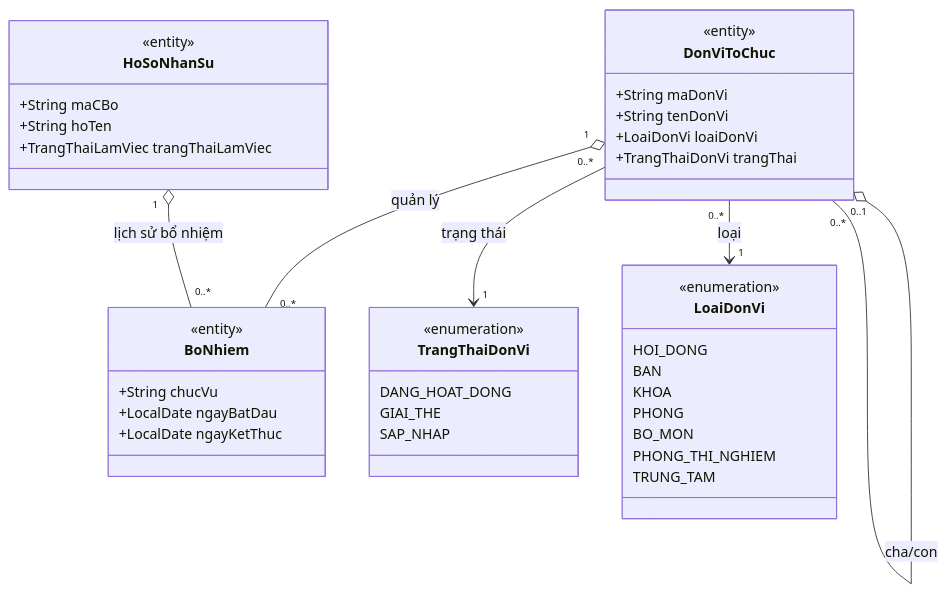
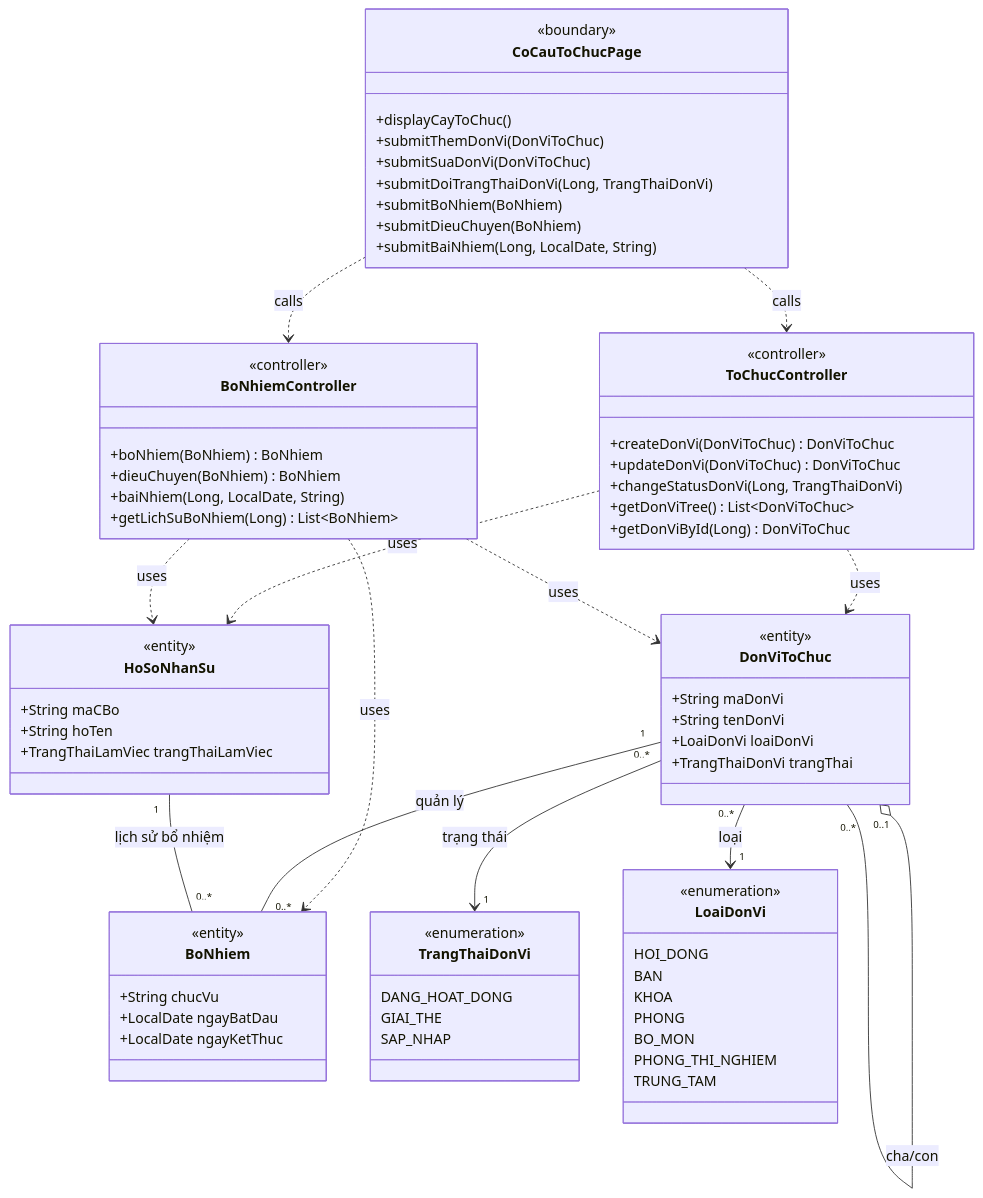
The third of 11 diagrams in system-spec/class-diagram.md (LoudlyDawn2108/ptycpm), drawn with Mermaid before and after one commit. The commit also changed other lines of this file and 6 other files, not shown here.

````diff
--- a/system-spec/class-diagram.md
+++ b/system-spec/class-diagram.md
@@ -1243,5 +2008,33 @@
 ```mermaid
 classDiagram
+    class CoCauToChucPage {
+        <<boundary>>
+        +displayCayToChuc()
+        +submitThemDonVi(DonViToChuc)
+        +submitSuaDonVi(DonViToChuc)
+        +submitDoiTrangThaiDonVi(Long, TrangThaiDonVi)
+        +submitBoNhiem(BoNhiem)
+        +submitDieuChuyen(BoNhiem)
+        +submitBaiNhiem(Long, LocalDate, String)
+    }
+
+    class ToChucController {
+        <<controller>>
+        +createDonVi(DonViToChuc) DonViToChuc
+        +updateDonVi(DonViToChuc) DonViToChuc
+        +changeStatusDonVi(Long, TrangThaiDonVi)
+        +getDonViTree() List~DonViToChuc~
+        +getDonViById(Long) DonViToChuc
+    }
+
+    class BoNhiemController {
+        <<controller>>
+        +boNhiem(BoNhiem) BoNhiem
+        +dieuChuyen(BoNhiem) BoNhiem
+        +baiNhiem(Long, LocalDate, String)
+        +getLichSuBoNhiem(Long) List~BoNhiem~
+    }
+
     class DonViToChuc {
         <<entity>>
         +String maDonVi
@@ -1282,9 +2075,17 @@
         TRUNG_TAM
     }
 
+    CoCauToChucPage ..> ToChucController : calls
+    CoCauToChucPage ..> BoNhiemController : calls
+    ToChucController ..> DonViToChuc : uses
+    ToChucController ..> HoSoNhanSu : uses
+    BoNhiemController ..> BoNhiem : uses
+    BoNhiemController ..> HoSoNhanSu : uses
+    BoNhiemController ..> DonViToChuc : uses
+
     DonViToChuc "0..1" o-- "0..*" DonViToChuc : cha/con
-    DonViToChuc "1" o-- "0..*" BoNhiem : quản lý
-    HoSoNhanSu "1" o-- "0..*" BoNhiem : lịch sử bổ nhiệm
+    DonViToChuc "1" -- "0..*" BoNhiem : quản lý
+    HoSoNhanSu "1" -- "0..*" BoNhiem : lịch sử bổ nhiệm
     DonViToChuc "0..*" --> "1" TrangThaiDonVi : trạng thái
     DonViToChuc "0..*" --> "1" LoaiDonVi : loại
 ```
````
